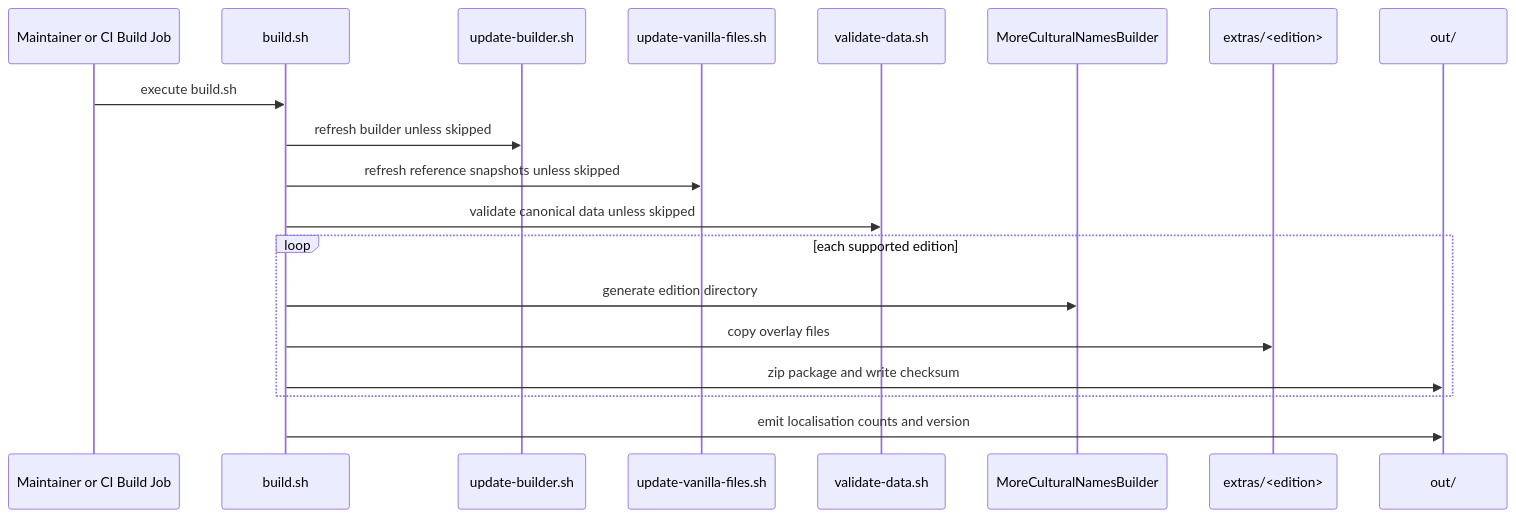
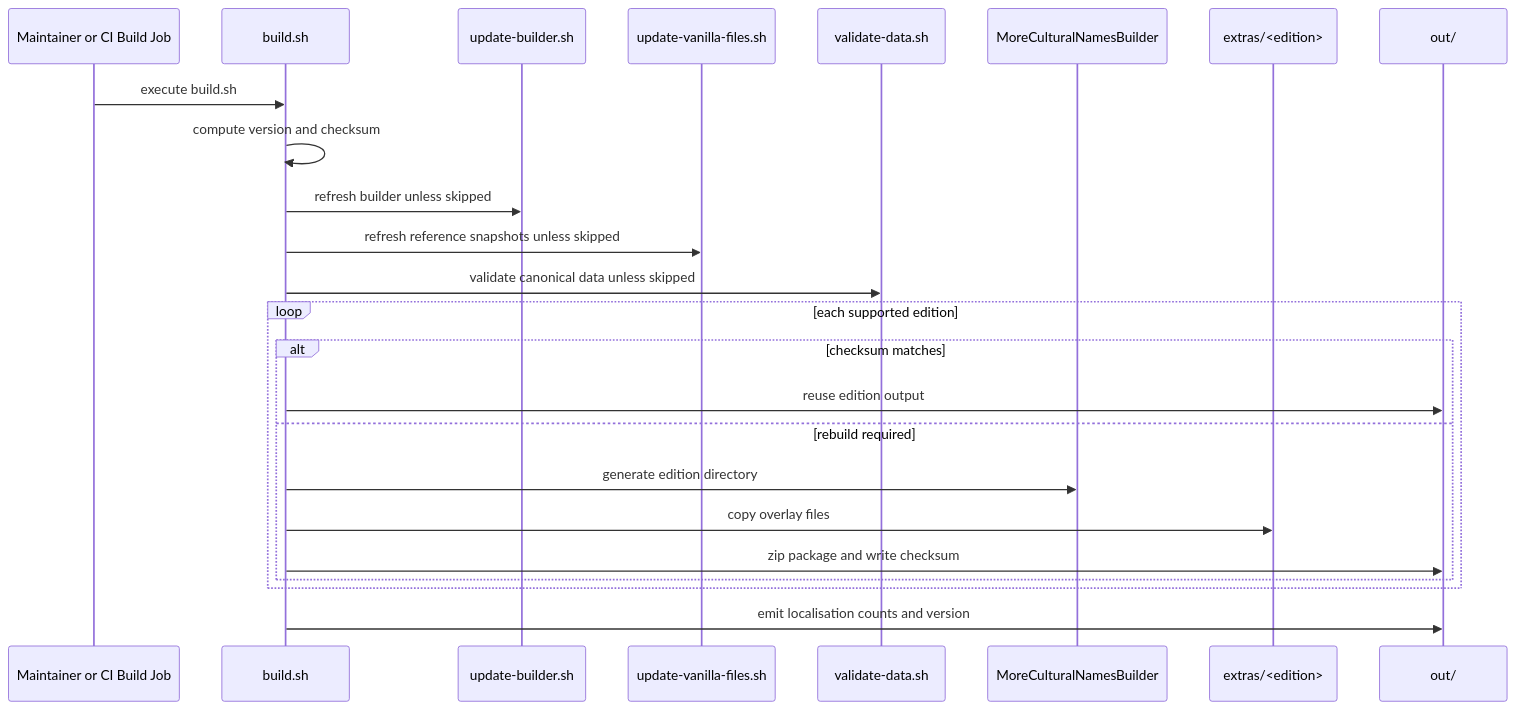
Before and after one commit to hmlendea/more-cultural-names: the sixth of 8 diagrams in ARCHITECTURE.md, drawn with Mermaid. The commit also changed other lines of this file, not shown here.

Commit message:
architecture: Created ARCHITECTURE.md

````diff
--- a/ARCHITECTURE.md
+++ b/ARCHITECTURE.md
@@ -289,22 +324,27 @@
 ```mermaid
 sequenceDiagram
     participant Operator as Maintainer or CI Build Job
     participant Build as build.sh
     participant BuilderUpdate as update-builder.sh
     participant SnapshotUpdate as update-vanilla-files.sh
     participant Validate as validate-data.sh
     participant Builder as MoreCulturalNamesBuilder
     participant Extras as extras/<edition>
     participant Output as out/
 
     Operator->>Build: execute build.sh
+    Build->>Build: compute version and checksum
     Build->>BuilderUpdate: refresh builder unless skipped
     Build->>SnapshotUpdate: refresh reference snapshots unless skipped
     Build->>Validate: validate canonical data unless skipped
     loop each supported edition
-        Build->>Builder: generate edition directory
-        Build->>Extras: copy overlay files
-        Build->>Output: zip package and write checksum
+        alt checksum matches
+            Build->>Output: reuse edition output
+        else rebuild required
+            Build->>Builder: generate edition directory
+            Build->>Extras: copy overlay files
+            Build->>Output: zip package and write checksum
+        end
     end
     Build->>Output: emit localisation counts and version
 ```
````
